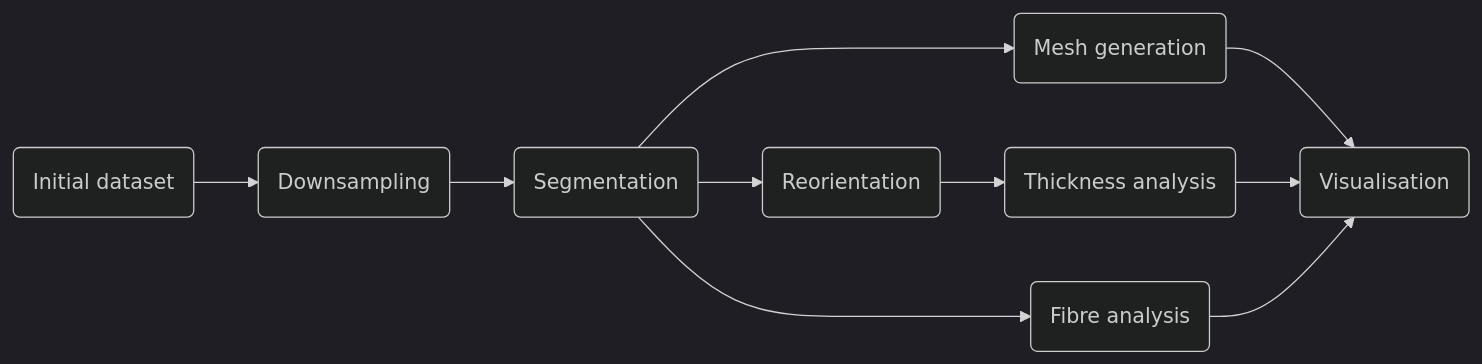
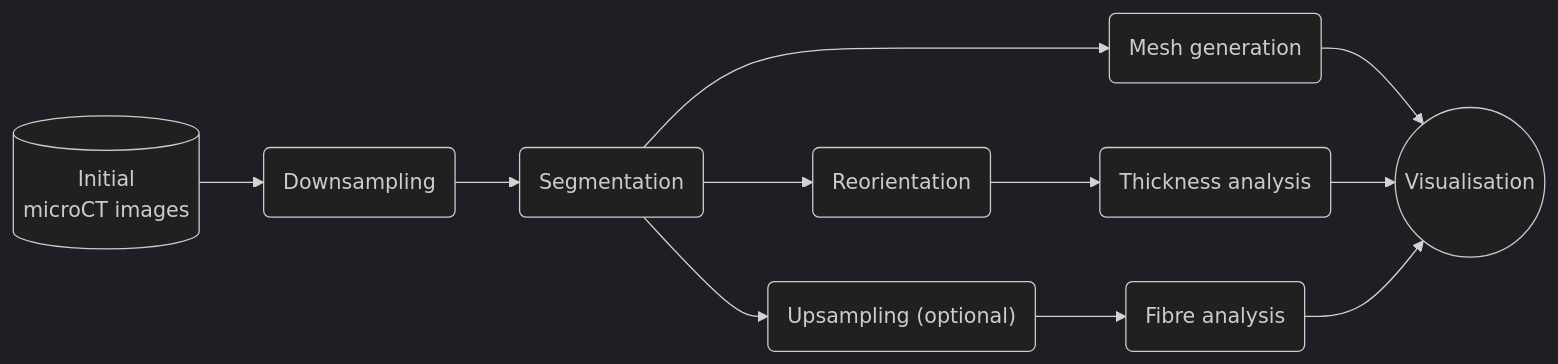
One commit to mathiasroesler/uterine-microCT changed the diagram in README.md. Above: the diagram before and after it, drawn with Mermaid (dark theme). The commit also changed other lines of this file, not shown here.

````diff
--- a/README.md
+++ b/README.md
@@ -34,12 +34,14 @@
 ```mermaid
 graph LR
-A(Initial dataset) --> B(Downsampling)
+A[("Initial
+microCT images")] --> B(Downsampling)
 B --> C(Segmentation)
 C --> D(Reorientation)
 D --> E(Thickness analysis)
 C --> F(Mesh generation)
-C --> G(Fibre analysis)
-F --> H(Visualisation)
-E --> H
-G --> H
+C --> G("Upsampling (optional)")
+G --> H(Fibre analysis)
+F --> I((Visualisation))
+E --> I
+H --> I
 ```
````
